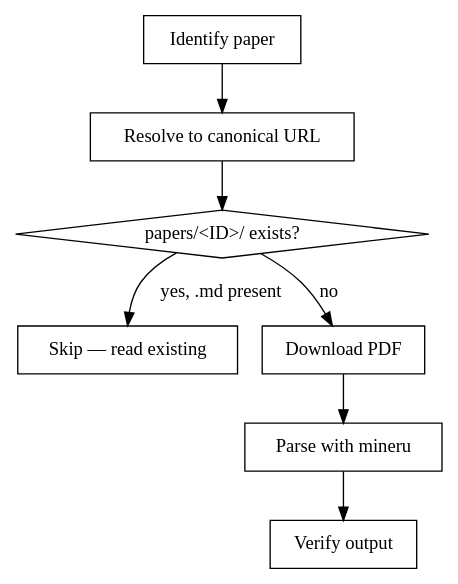
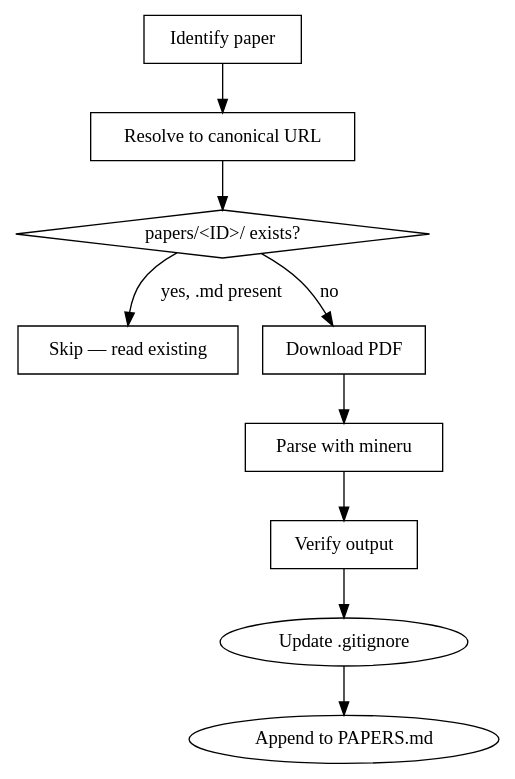
The diagram in skills/fetching-papers/SKILL.md (JakoError/claude-research-skills), drawn with Graphviz before and after one commit. The commit also changed other lines of this file, not shown here.

First line of the commit message:
docs(fetching-papers): add gitignore management and PAPERS.md index

````diff
--- a/skills/fetching-papers/SKILL.md
+++ b/skills/fetching-papers/SKILL.md
@@ -24,18 +24,20 @@
 ```dot
 digraph fetch {
   "Identify paper" [shape=box];
   "Resolve to canonical URL" [shape=box];
   "papers/<ID>/ exists?" [shape=diamond];
   "Skip — read existing" [shape=box];
   "Download PDF" [shape=box];
   "Parse with mineru" [shape=box];
   "Verify output" [shape=box];
 
   "Identify paper" -> "Resolve to canonical URL";
   "Resolve to canonical URL" -> "papers/<ID>/ exists?";
   "papers/<ID>/ exists?" -> "Skip — read existing" [label="yes, .md present"];
   "papers/<ID>/ exists?" -> "Download PDF" [label="no"];
   "Download PDF" -> "Parse with mineru";
   "Parse with mineru" -> "Verify output";
+  "Verify output" -> "Update .gitignore";
+  "Update .gitignore" -> "Append to PAPERS.md";
 }
 ```
````
